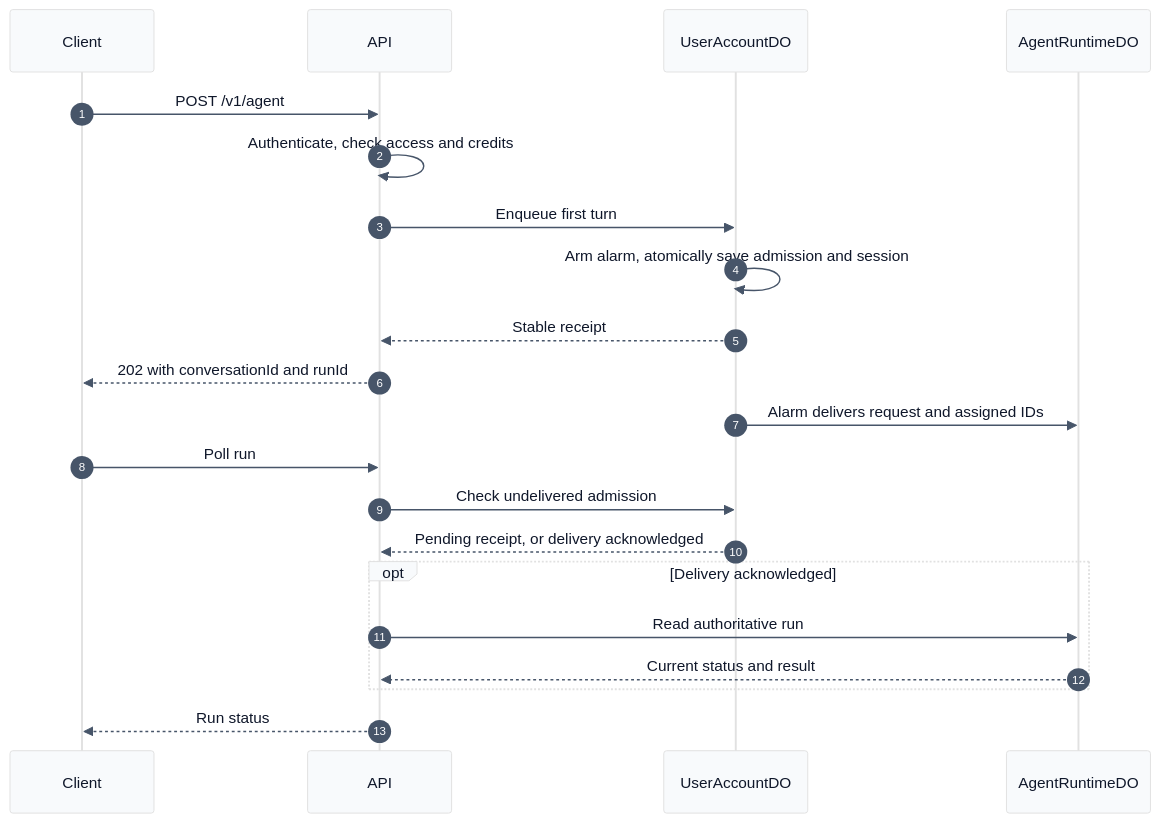
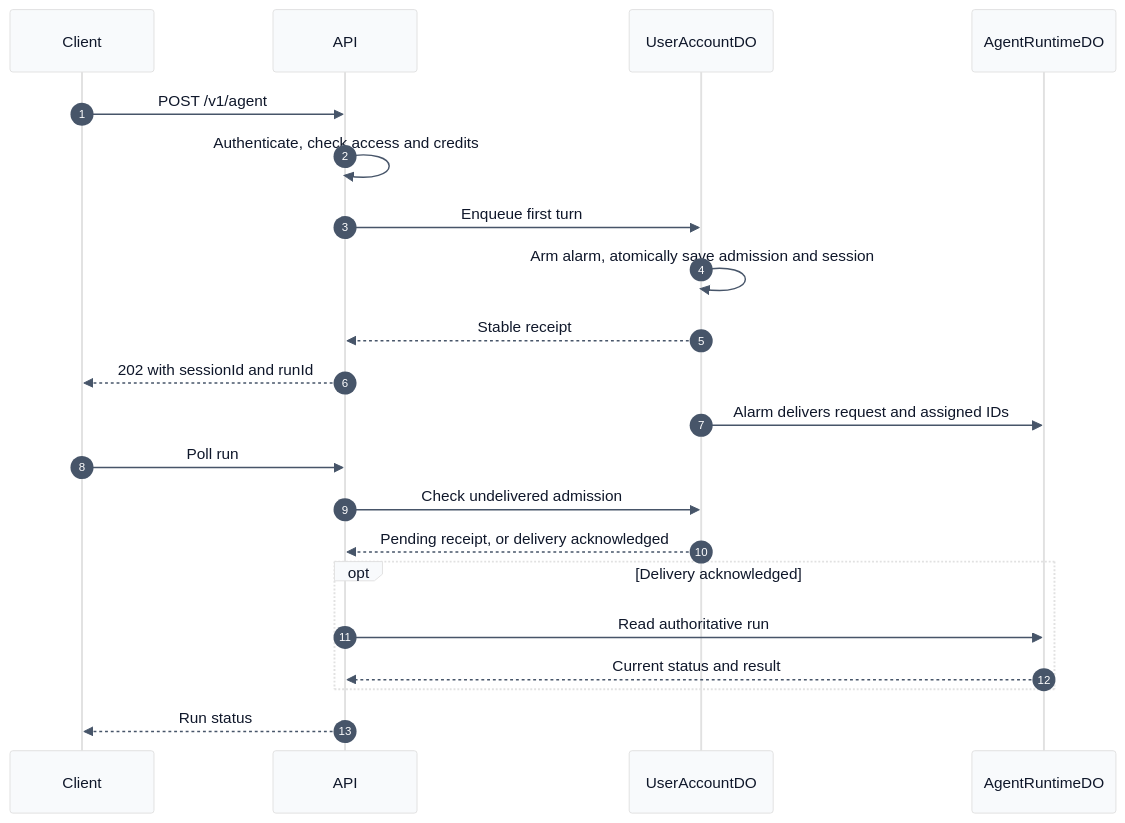
The diagram in reference/engineering/AGENT_ADMISSION.md (devhims/video2ctx), drawn with Mermaid before and after one commit. The commit also changed other lines of this file and 34 other files, not shown here.

````diff
--- a/reference/engineering/AGENT_ADMISSION.md
+++ b/reference/engineering/AGENT_ADMISSION.md
@@ -8,24 +8,24 @@
 ```mermaid
 %%{init: {'theme': 'base', 'themeVariables': {'primaryColor': '#f8fafc', 'primaryTextColor': '#0f172a', 'actorBkg': '#f8fafc', 'actorTextColor': '#0f172a', 'signalColor': '#475569', 'signalTextColor': '#0f172a', 'sequenceNumberColor': '#ffffff'}}}%%
 sequenceDiagram
     autonumber
     participant Client
     participant API
     participant Account as UserAccountDO
     participant Runtime as AgentRuntimeDO
     Client->>API: POST /v1/agent
     API->>API: Authenticate, check access and credits
     API->>Account: Enqueue first turn
     Account->>Account: Arm alarm, atomically save admission and session
     Account-->>API: Stable receipt
-    API-->>Client: 202 with conversationId and runId
+    API-->>Client: 202 with sessionId and runId
     Account->>Runtime: Alarm delivers request and assigned IDs
     Client->>API: Poll run
     API->>Account: Check undelivered admission
     Account-->>API: Pending receipt, or delivery acknowledged
     opt Delivery acknowledged
         API->>Runtime: Read authoritative run
         Runtime-->>API: Current status and result
     end
     API-->>Client: Run status
 ```
````
